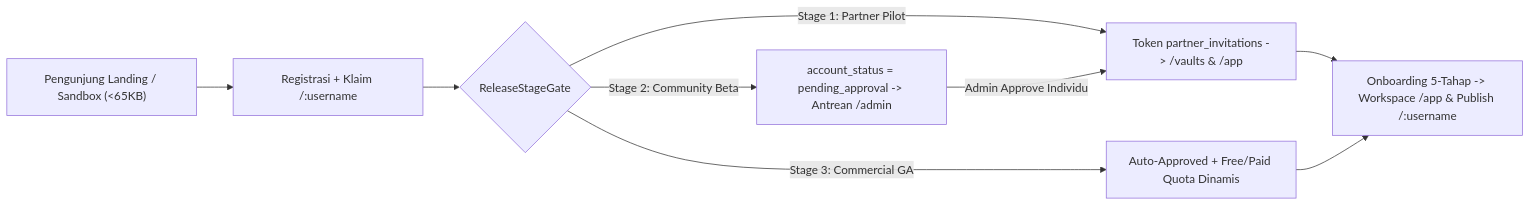
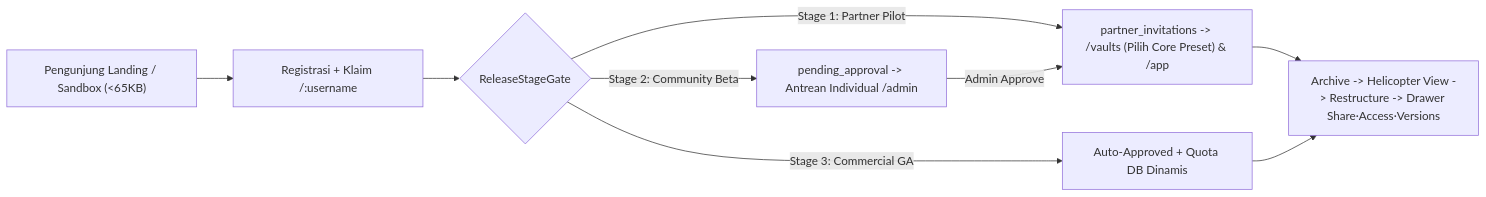
The diagram in docs/02-planning/prd.md (mjd-code/obmap-meed), drawn with Mermaid before and after one commit. The commit also changed other lines of this file and 48 other files, not shown here.

````diff
--- a/docs/02-planning/prd.md
+++ b/docs/02-planning/prd.md
@@ -42,11 +45,11 @@
 ```mermaid
 flowchart LR
     V["Pengunjung Landing / Sandbox (<65KB)"] --> R["Registrasi + Klaim /:username"]
     R --> G{"ReleaseStageGate"}
-    G -->|"Stage 1: Partner Pilot"| P1["Token partner_invitations -> /vaults & /app"]
-    G -->|"Stage 2: Community Beta"| P2["account_status = pending_approval -> Antrean /admin"]
-    P2 -->|"Admin Approve Individu"| P1
-    G -->|"Stage 3: Commercial GA"| P3["Auto-Approved + Free/Paid Quota Dinamis"]
-    P1 --> W["Onboarding 5-Tahap -> Workspace /app & Publish /:username"]
+    G -->|"Stage 1: Partner Pilot"| P1["partner_invitations -> /vaults (Pilih Core Preset) & /app"]
+    G -->|"Stage 2: Community Beta"| P2["pending_approval -> Antrean Individual /admin"]
+    P2 -->|"Admin Approve"| P1
+    G -->|"Stage 3: Commercial GA"| P3["Auto-Approved + Quota DB Dinamis"]
+    P1 --> W["Archive -> Helicopter View -> Restructure -> Drawer Share·Access·Versions"]
     P3 --> W
 ```
````
